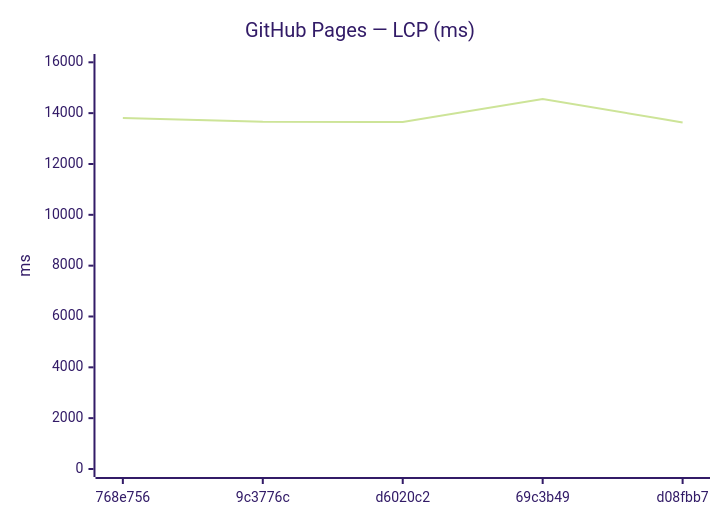
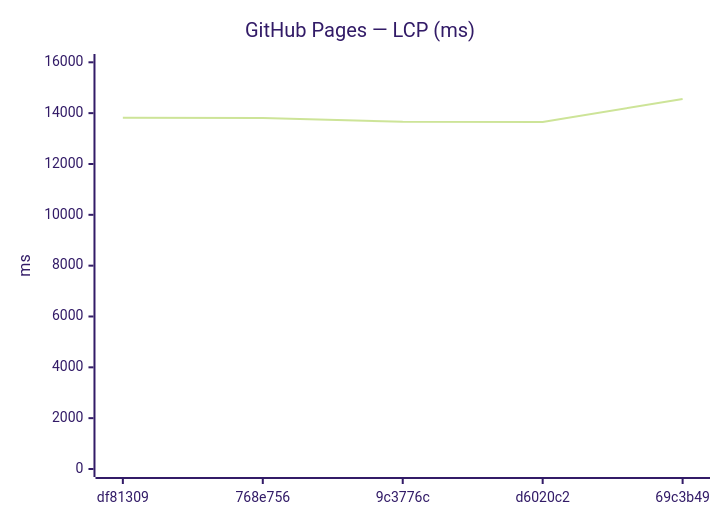
Before and after one commit to Metaheurist/Rianell: the ninth of 18 diagrams in benchmarks/compare.md, drawn with Mermaid (forest theme). The commit also changed other lines of this file and 11 other files, not shown here.

````diff
--- a/benchmarks/compare.md
+++ b/benchmarks/compare.md
@@ -142,7 +142,7 @@
 ```mermaid
 xychart-beta
     title "GitHub Pages — LCP (ms)"
-    x-axis ["768e756", "9c3776c", "d6020c2", "69c3b49", "d08fbb7"]
+    x-axis ["df81309", "768e756", "9c3776c", "d6020c2", "69c3b49"]
     y-axis "ms" 0 --> 16012
-    line [13811, 13660, 13653, 14556, 13636]
+    line [13820, 13811, 13660, 13653, 14556]
 ```
````
